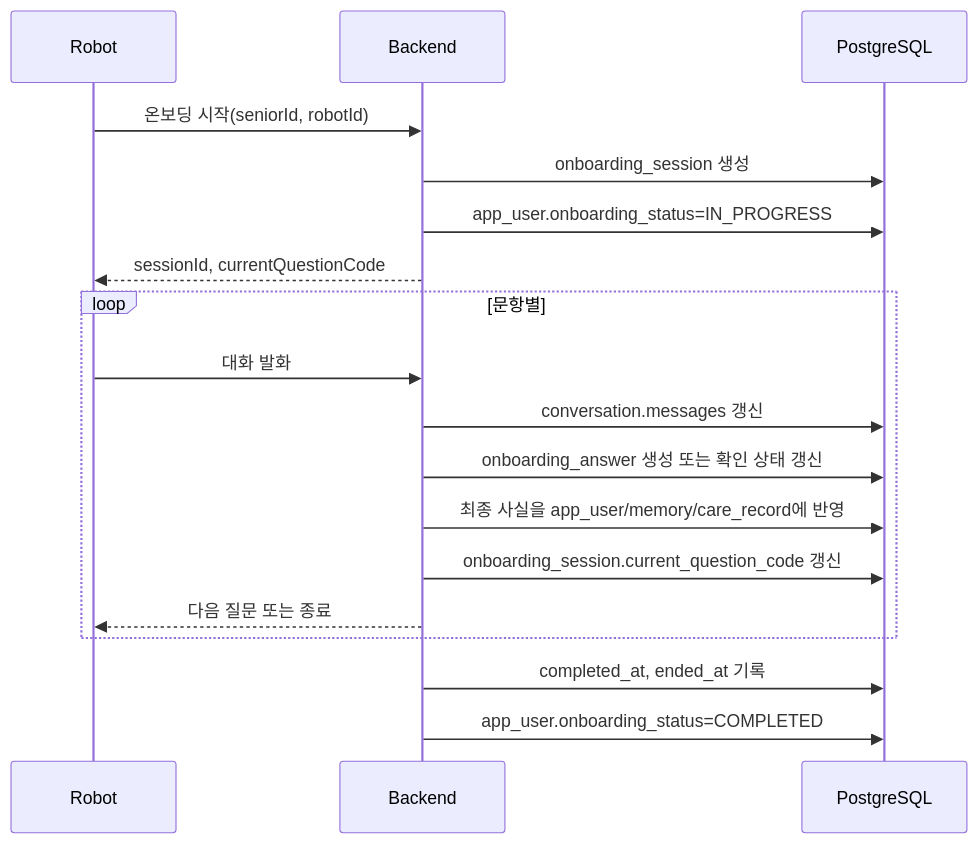
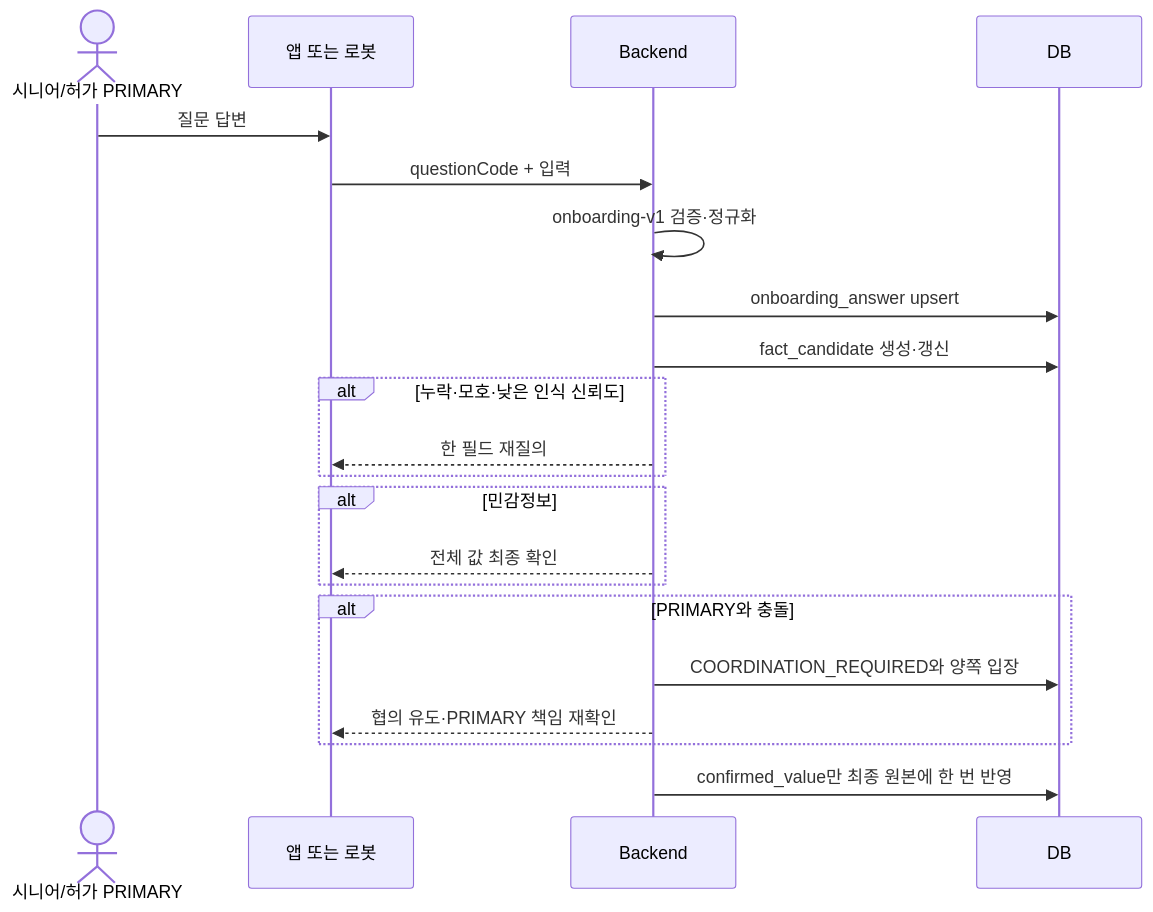
One commit to bomi-aiot/BOMI changed the diagram in docs/database/onboarding-rest-environment-design.md. Above: the diagram before and after it, drawn with Mermaid. The commit also changed other lines of this file and 18 other files, not shown here.

Commit message:
docs(db): [S15P11E102-134] 기억과 개인화 고도화를 위한 ERD 재정의

````diff
--- a/docs/database/onboarding-rest-environment-design.md
+++ b/docs/database/onboarding-rest-environment-design.md
@@ -54,23 +13,23 @@
 ```mermaid
 sequenceDiagram
-    participant Robot as Robot
+    actor U as 시니어/허가 PRIMARY
+    participant C as 앱 또는 로봇
     participant BE as Backend
-    participant DB as PostgreSQL
-
-    Robot->>BE: 온보딩 시작(seniorId, robotId)
-    BE->>DB: onboarding_session 생성
-    BE->>DB: app_user.onboarding_status=IN_PROGRESS
-    BE-->>Robot: sessionId, currentQuestionCode
-
-    loop 문항별
-        Robot->>BE: 대화 발화
-        BE->>DB: conversation.messages 갱신
-        BE->>DB: onboarding_answer 생성 또는 확인 상태 갱신
-        BE->>DB: 최종 사실을 app_user/memory/care_record에 반영
-        BE->>DB: onboarding_session.current_question_code 갱신
-        BE-->>Robot: 다음 질문 또는 종료
+    participant DB
+    U->>C: 질문 답변
+    C->>BE: questionCode + 입력
+    BE->>BE: onboarding-v1 검증·정규화
+    BE->>DB: onboarding_answer upsert
+    BE->>DB: fact_candidate 생성·갱신
+    alt 누락·모호·낮은 인식 신뢰도
+        BE-->>C: 한 필드 재질의
     end
-
-    BE->>DB: completed_at, ended_at 기록
-    BE->>DB: app_user.onboarding_status=COMPLETED
+    alt 민감정보
+        BE-->>C: 전체 값 최종 확인
+    end
+    alt PRIMARY와 충돌
+        BE->>DB: COORDINATION_REQUIRED와 양쪽 입장
+        BE-->>C: 협의 유도·PRIMARY 책임 재확인
+    end
+    BE->>DB: confirmed_value만 최종 원본에 한 번 반영
 ```
````
